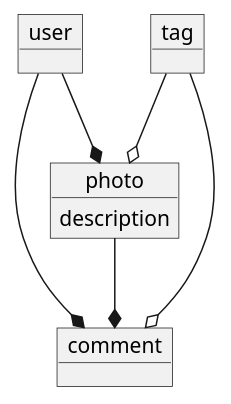
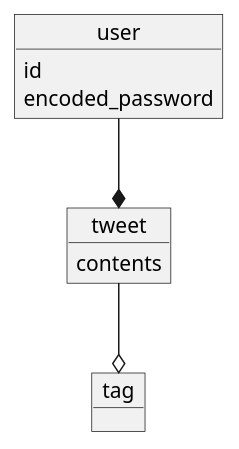
Before and after one commit to sangpire/sangpire.github.io: the first of 3 diagrams in source/_drafts/초간단-서비스-만들기.md, drawn with PlantUML. The commit also changed other lines of this file and 1 other file, not shown here.

```diff
--- a/source/_drafts/초간단-서비스-만들기.md
+++ b/source/_drafts/초간단-서비스-만들기.md
@@ -12,13 +13,13 @@
 {% plantuml %}
 object user
-object photo
-photo : description
+user : id
+user : encoded_password
 
-object comment
+object tweet
+tweet : contents
+
 object tag
-user --* photo
-photo --* comment
-user --* comment
-tag --o photo
-tag --o comment
+
+user --* tweet
+tweet --o tag
 {% endplantuml %}
```
